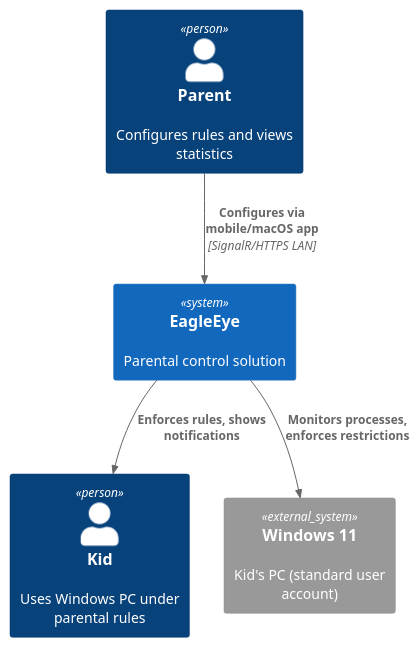
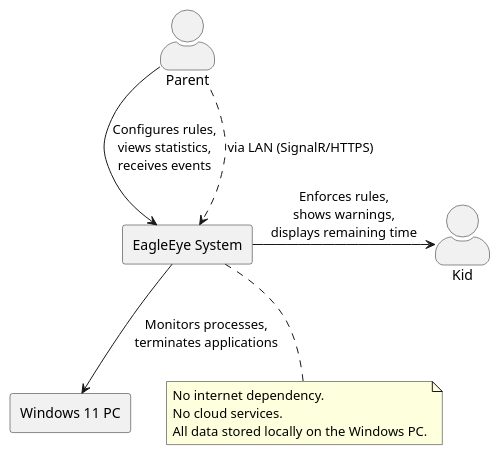
The first of 14 diagrams in 02_Implementation/docs/architecture/arc42/system-architecture.md (adlemich/EagleEye), drawn with PlantUML before and after one commit. The commit also changed other lines of this file and 12 other files, not shown here.

First line of the commit message:
Add Phase 2 ARC output: system architecture, ADRs, coding guidelines, dev process

````diff
--- a/02_Implementation/docs/architecture/arc42/system-architecture.md
+++ b/02_Implementation/docs/architecture/arc42/system-architecture.md
@@ -60,15 +98,26 @@
 ```plantuml
-@startuml EagleEye System Context
-!include https://raw.githubusercontent.com/plantuml-stdlib/C4-PlantUML/master/C4_Context.puml
+@startuml EagleEye Business Context
+skinparam actorStyle awesome
+skinparam packageStyle rectangle
 
-' TODO: ARC agent to complete this diagram
-Person(parent, "Parent", "Configures rules and views statistics")
-Person(kid, "Kid", "Uses Windows PC under parental rules")
-System(eagleeye, "EagleEye", "Parental control solution")
-System_Ext(windows, "Windows 11", "Kid's PC (standard user account)")
+actor "Parent" as parent
+actor "Kid" as kid
 
-Rel(parent, eagleeye, "Configures via mobile/macOS app", "SignalR/HTTPS LAN")
-Rel(eagleeye, kid, "Enforces rules, shows notifications")
-Rel(eagleeye, windows, "Monitors processes, enforces restrictions")
+rectangle "EagleEye System" as ee {
+}
+
+rectangle "Windows 11 PC" as winpc {
+}
+
+parent -right-> ee : Configures rules,\nviews statistics,\nreceives events
+ee -right-> kid : Enforces rules,\nshows warnings,\ndisplays remaining time
+ee --> winpc : Monitors processes,\nterminates applications
+parent ..> ee : via LAN (SignalR/HTTPS)
+
+note bottom of ee
+  No internet dependency.
+  No cloud services.
+  All data stored locally on the Windows PC.
+end note
 @enduml
 ```
````
